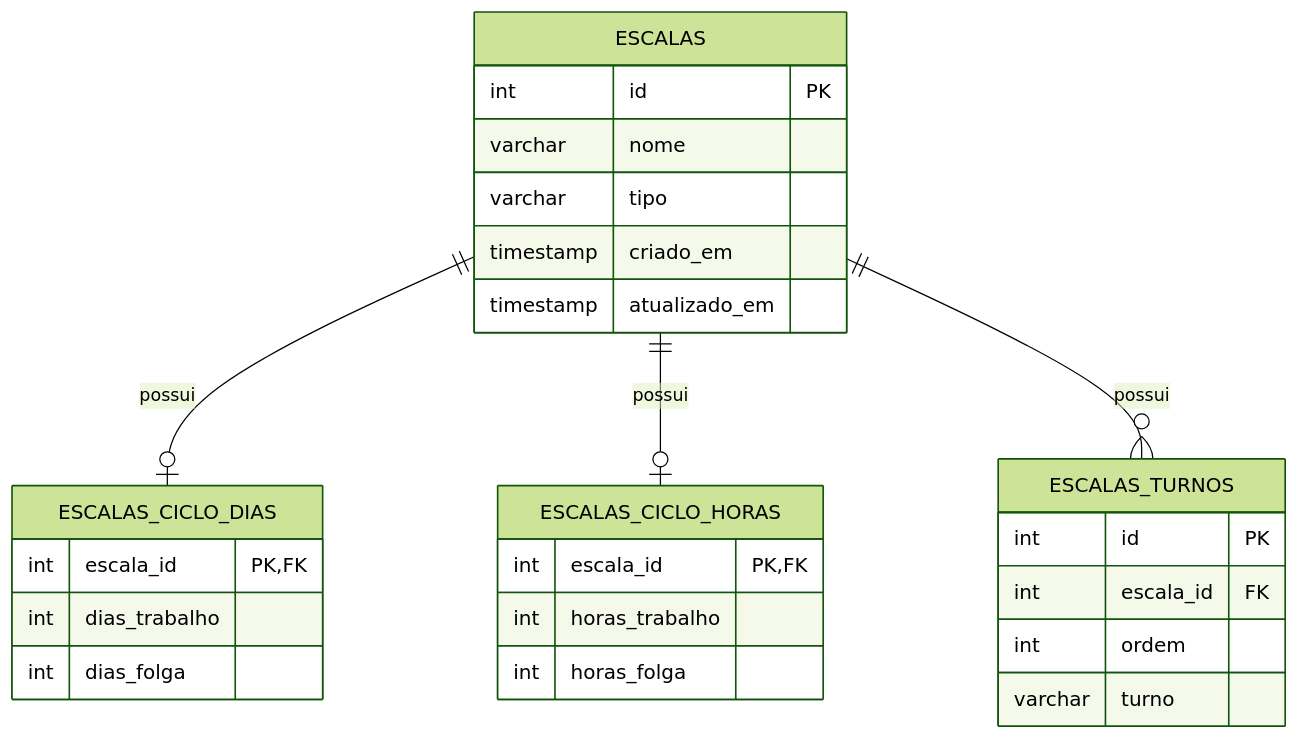
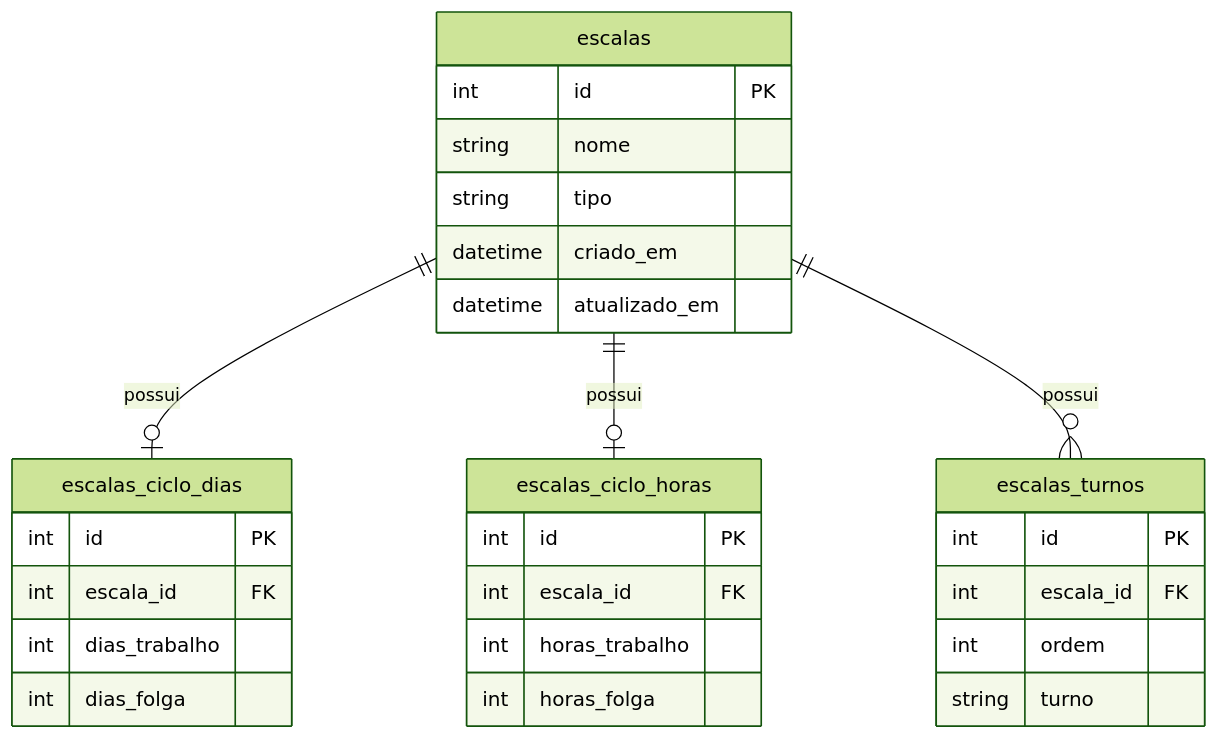
One commit to Dinox75/simulador-escala-trabalho changed the fourth of 4 diagrams in README.md. Above: the diagram before and after it, drawn with Mermaid (forest theme). The commit also changed other lines of this file and 2 other files, not shown here.

````diff
--- a/README.md
+++ b/README.md
@@ -604,33 +631,35 @@
 ```mermaid
 erDiagram
-    ESCALAS ||--o| ESCALAS_CICLO_DIAS : possui
-    ESCALAS ||--o| ESCALAS_CICLO_HORAS : possui
-    ESCALAS ||--o{ ESCALAS_TURNOS : possui
+    escalas ||--o| escalas_ciclo_dias : possui
+    escalas ||--o| escalas_ciclo_horas : possui
+    escalas ||--o{ escalas_turnos : possui
 
-    ESCALAS {
+    escalas {
         int id PK
-        varchar nome
-        varchar tipo
-        timestamp criado_em
-        timestamp atualizado_em
+        string nome
+        string tipo
+        datetime criado_em
+        datetime atualizado_em
     }
 
-    ESCALAS_CICLO_DIAS {
-        int escala_id PK, FK
+    escalas_ciclo_dias {
+        int id PK
+        int escala_id FK
         int dias_trabalho
         int dias_folga
     }
 
-    ESCALAS_CICLO_HORAS {
-        int escala_id PK, FK
+    escalas_ciclo_horas {
+        int id PK
+        int escala_id FK
         int horas_trabalho
         int horas_folga
     }
 
-    ESCALAS_TURNOS {
+    escalas_turnos {
         int id PK
         int escala_id FK
         int ordem
-        varchar turno
+        string turno
     }
 ```
````
